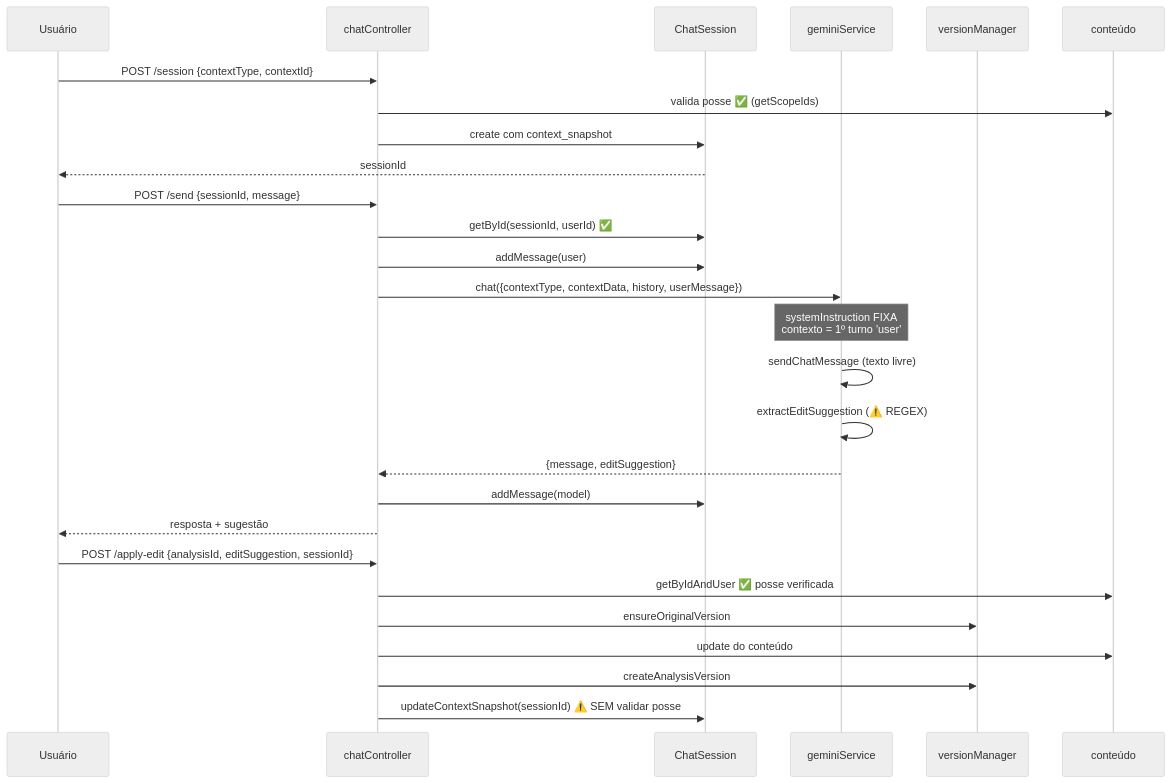
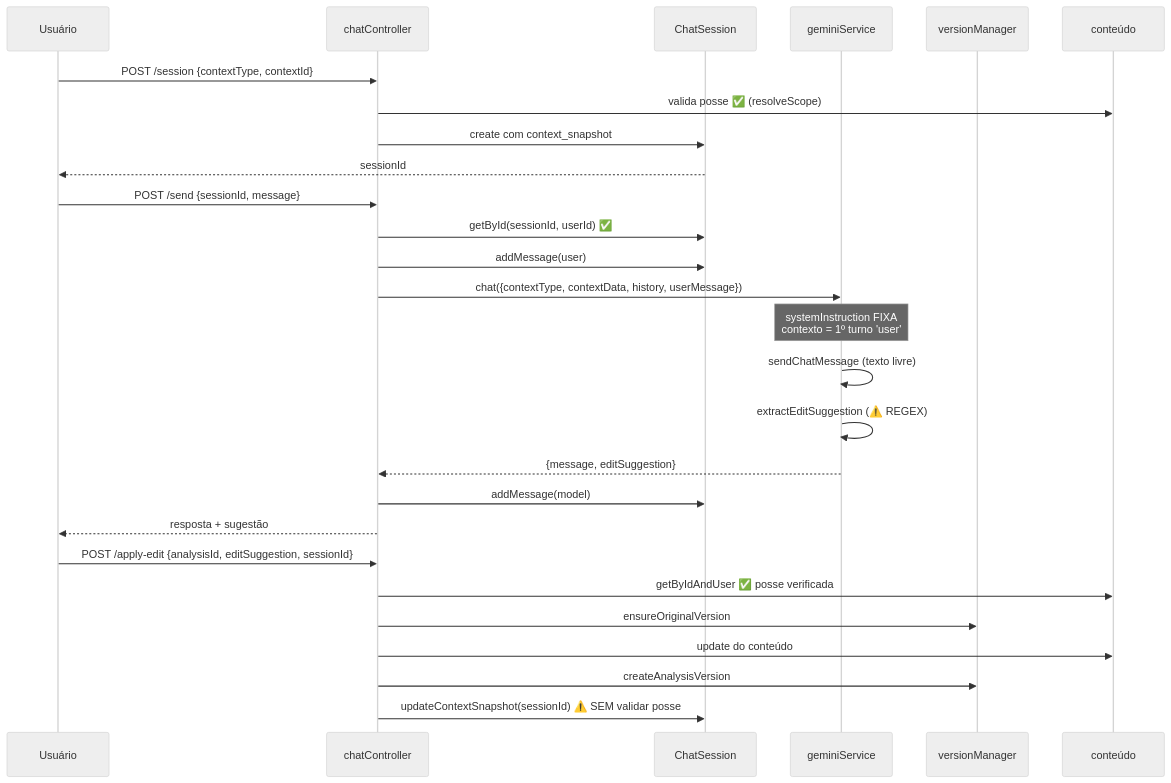
One commit to lucasxtech/JiuMetrics changed the diagram in docs/modules/chat-and-versions.md. Above: the diagram before and after it, drawn with Mermaid (neutral theme). The commit also changed other lines of this file and 15 other files, not shown here.

````diff
--- a/docs/modules/chat-and-versions.md
+++ b/docs/modules/chat-and-versions.md
@@ -75,32 +75,32 @@
 ```mermaid
 sequenceDiagram
     participant U as Usuário
     participant CC as chatController
     participant CS as ChatSession
     participant GS as geminiService
     participant VM as versionManager
     participant DB as conteúdo
 
     U->>CC: POST /session {contextType, contextId}
-    CC->>DB: valida posse ✅ (getScopeIds)
+    CC->>DB: valida posse ✅ (resolveScope)
     CC->>CS: create com context_snapshot
     CS-->>U: sessionId
 
     U->>CC: POST /send {sessionId, message}
     CC->>CS: getById(sessionId, userId) ✅
     CC->>CS: addMessage(user)
     CC->>GS: chat({contextType, contextData, history, userMessage})
     Note over GS: systemInstruction FIXA<br/>contexto = 1º turno 'user'
     GS->>GS: sendChatMessage (texto livre)
     GS->>GS: extractEditSuggestion (⚠️ REGEX)
     GS-->>CC: {message, editSuggestion}
     CC->>CS: addMessage(model)
     CC-->>U: resposta + sugestão
 
     U->>CC: POST /apply-edit {analysisId, editSuggestion, sessionId}
     CC->>DB: getByIdAndUser ✅ posse verificada
     CC->>VM: ensureOriginalVersion
     CC->>DB: update do conteúdo
     CC->>VM: createAnalysisVersion
     CC->>CS: updateContextSnapshot(sessionId) ⚠️ SEM validar posse
 ```
````
